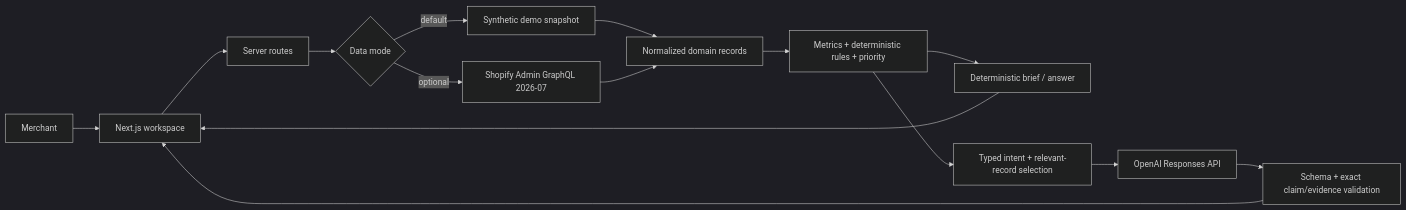
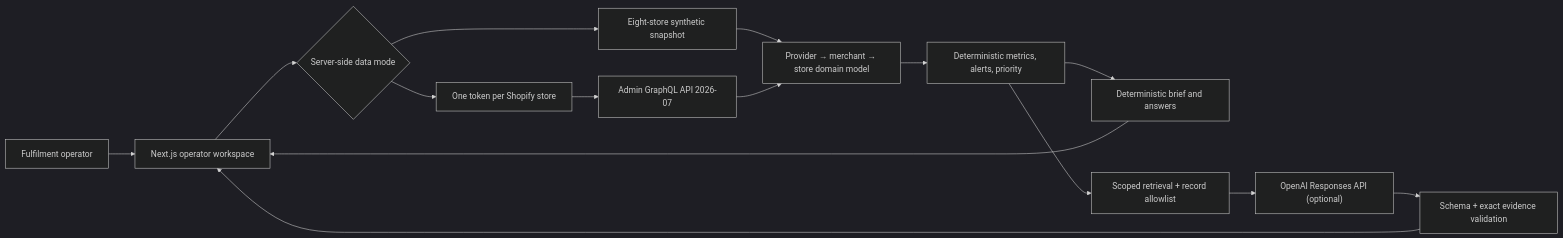
Before and after one commit to umeanougo/storeops-copilot: the diagram in README.md, drawn with Mermaid (dark theme). The commit also changed other lines of this file and 45 other files, not shown here.

Commit message:
Reframe StoreOps for multi-merchant fulfilment

````diff
--- a/README.md
+++ b/README.md
@@ -117,17 +77,17 @@
 ```mermaid
 flowchart LR
-  M["Merchant"] --> UI["Next.js workspace"]
-  UI --> API["Server routes"]
-  API --> DS{"Data mode"}
-  DS -->|"default"| DEMO["Synthetic demo snapshot"]
-  DS -->|"optional"| SHOP["Shopify Admin GraphQL 2026-07"]
-  DEMO --> N["Normalized domain records"]
-  SHOP --> N
-  N --> RULES["Metrics + deterministic rules + priority"]
-  RULES --> FALLBACK["Deterministic brief / answer"]
-  RULES --> SELECT["Typed intent + relevant-record selection"]
-  SELECT --> AI["OpenAI Responses API"]
-  AI --> VALIDATE["Schema + exact claim/evidence validation"]
+  O["Fulfilment operator"] --> UI["Next.js operator workspace"]
+  UI --> DATA{"Server-side data mode"}
+  DATA --> DEMO["Eight-store synthetic snapshot"]
+  DATA --> SHOP["One token per Shopify store"]
+  SHOP --> GQL["Admin GraphQL API 2026-07"]
+  DEMO --> DOMAIN["Provider → merchant → store domain model"]
+  GQL --> DOMAIN
+  DOMAIN --> RULES["Deterministic metrics, alerts, priority"]
+  RULES --> FALLBACK["Deterministic brief and answers"]
+  RULES --> RETRIEVE["Scoped retrieval + record allowlist"]
+  RETRIEVE --> OPENAI["OpenAI Responses API (optional)"]
+  OPENAI --> VALIDATE["Schema + exact evidence validation"]
   VALIDATE --> UI
   FALLBACK --> UI
 ```
````
